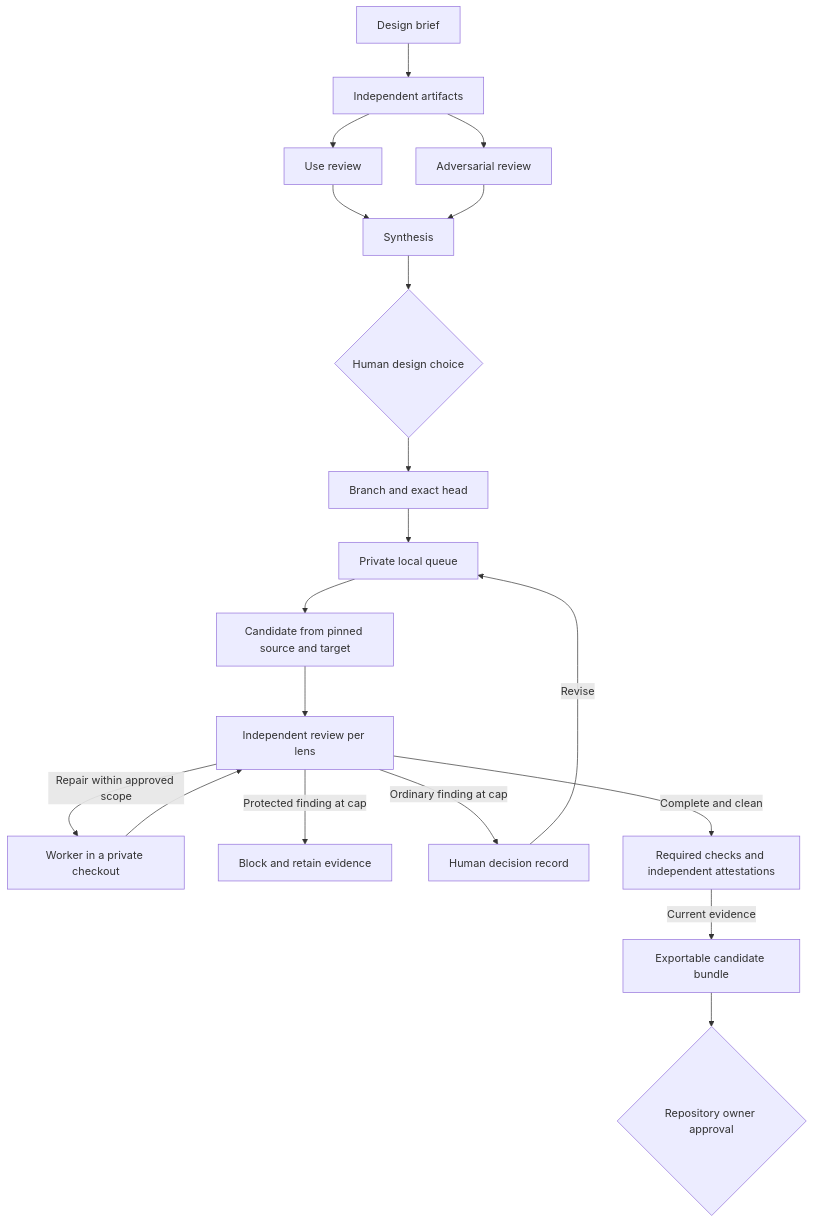
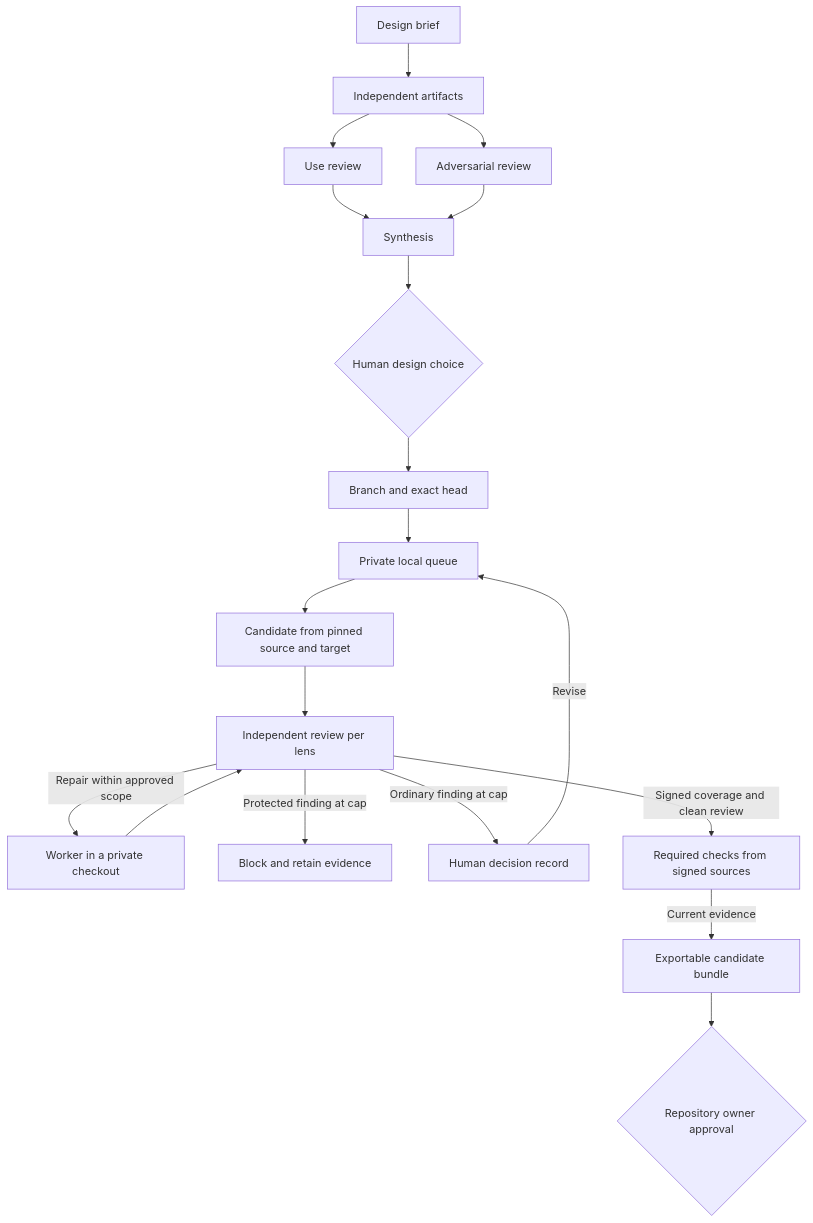
The diagram in docs/architecture.md (JDeun/kevin-agent-kit), drawn with Mermaid before and after one commit. The commit also changed other lines of this file and 22 other files, not shown here.

````diff
--- a/docs/architecture.md
+++ b/docs/architecture.md
@@ -8,21 +8,21 @@
 ```mermaid
 flowchart TD
     Brief["Design brief"] --> Alternatives["Independent artifacts"]
     Alternatives --> Use["Use review"]
     Alternatives --> Adversarial["Adversarial review"]
     Use --> Summary["Synthesis"]
     Adversarial --> Summary
     Summary --> Choice{"Human design choice"}
     Choice --> Branch["Branch and exact head"]
     Branch --> Queue["Private local queue"]
     Queue --> Snapshot["Candidate from pinned source and target"]
     Snapshot --> Review["Independent review per lens"]
     Review -->|Repair within approved scope| Worker["Worker in a private checkout"]
     Worker --> Review
     Review -->|Protected finding at cap| Blocked["Block and retain evidence"]
     Review -->|Ordinary finding at cap| Record["Human decision record"]
     Record -->|Revise| Queue
-    Review -->|Complete and clean| Verify["Required checks and independent attestations"]
+    Review -->|Signed coverage and clean review| Verify["Required checks from signed sources"]
     Verify -->|Current evidence| Bundle["Exportable candidate bundle"]
     Bundle --> Release{"Repository owner approval"}
 ```
````
